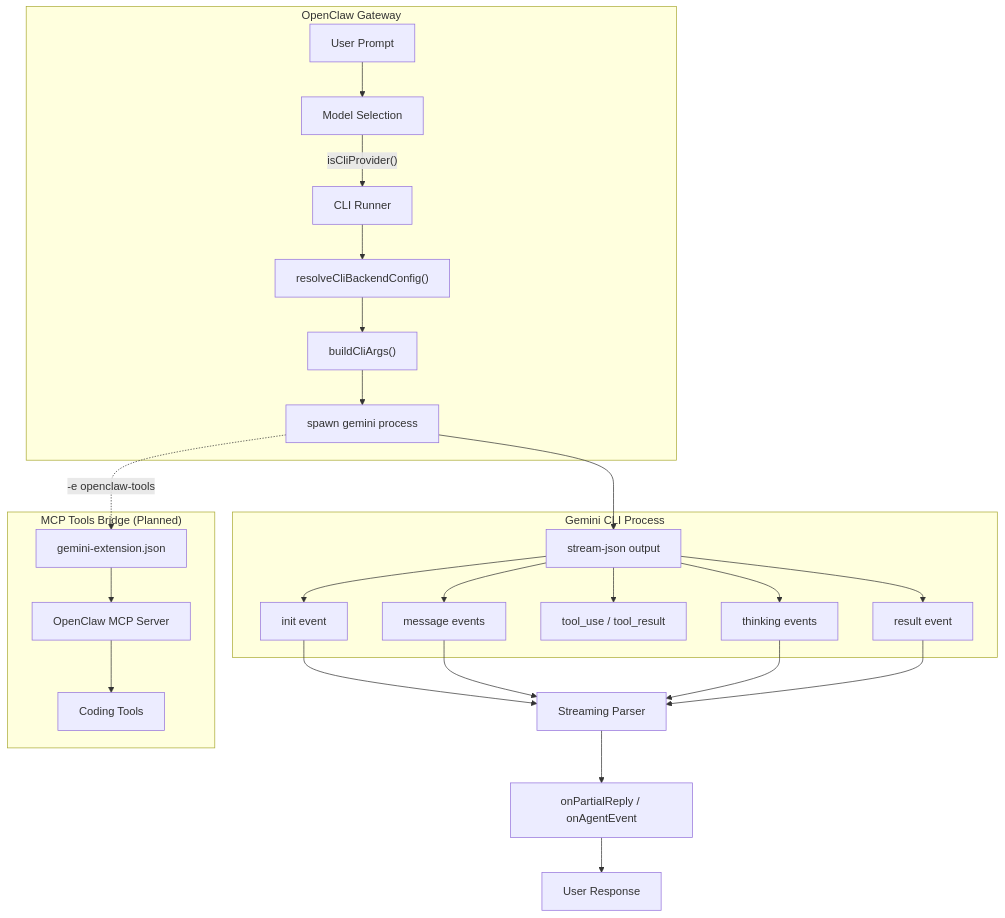
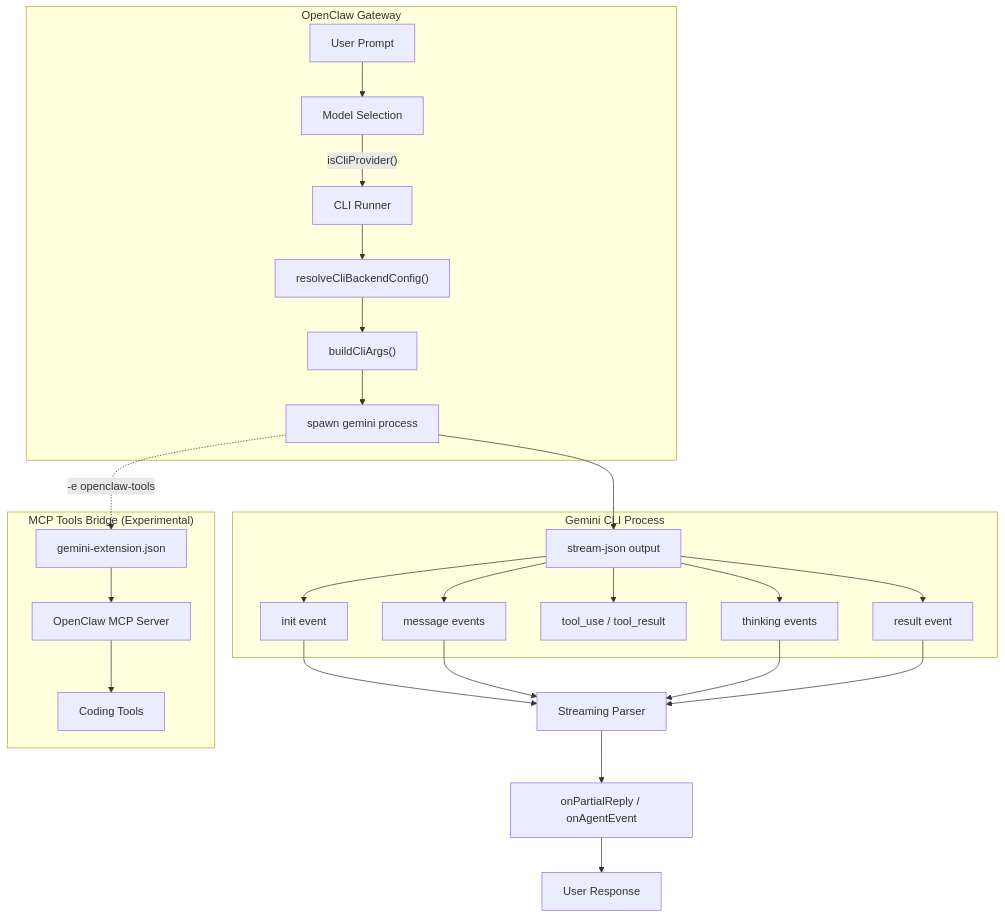
One commit to h0tp-ftw/openclaw changed the diagram in docs/cli/gemini-cli-headless-architecture.md. Above: the diagram before and after it, drawn with Mermaid. The commit also changed other lines of this file and 2 other files, not shown here.

Commit message:
docs(mcp): document experimental bridge usage

````diff
--- a/docs/cli/gemini-cli-headless-architecture.md
+++ b/docs/cli/gemini-cli-headless-architecture.md
@@ -19,29 +19,29 @@
 ```mermaid
 flowchart TB
     subgraph OpenClaw["OpenClaw Gateway"]
         A["User Prompt"] --> B["Model Selection"]
         B -->|"isCliProvider()"| C["CLI Runner"]
         C --> D["resolveCliBackendConfig()"]
         D --> E["buildCliArgs()"]
         E --> F["spawn gemini process"]
     end
 
     subgraph GeminiCLI["Gemini CLI Process"]
         F --> G["stream-json output"]
         G --> H["init event"]
         G --> I["message events"]
         G --> J["tool_use / tool_result"]
         G --> K["thinking events"]
         G --> L["result event"]
     end
 
-    subgraph MCP["MCP Tools Bridge (Planned)"]
+    subgraph MCP["MCP Tools Bridge (Experimental)"]
         F -.->|"-e openclaw-tools"| M["gemini-extension.json"]
         M --> N["OpenClaw MCP Server"]
         N --> O["Coding Tools"]
     end
 
     H & I & K & L --> P["Streaming Parser"]
     P --> Q["onPartialReply / onAgentEvent"]
     Q --> R["User Response"]
 ```
````
